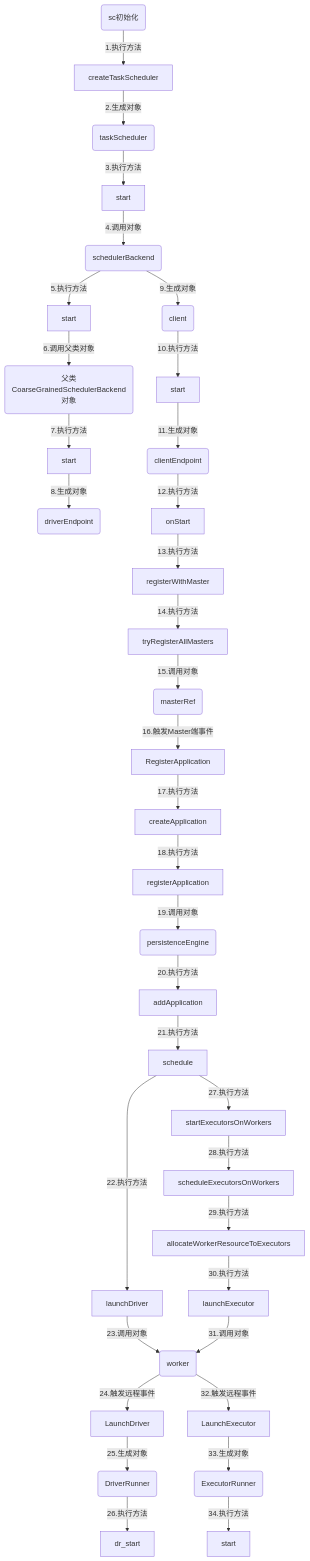
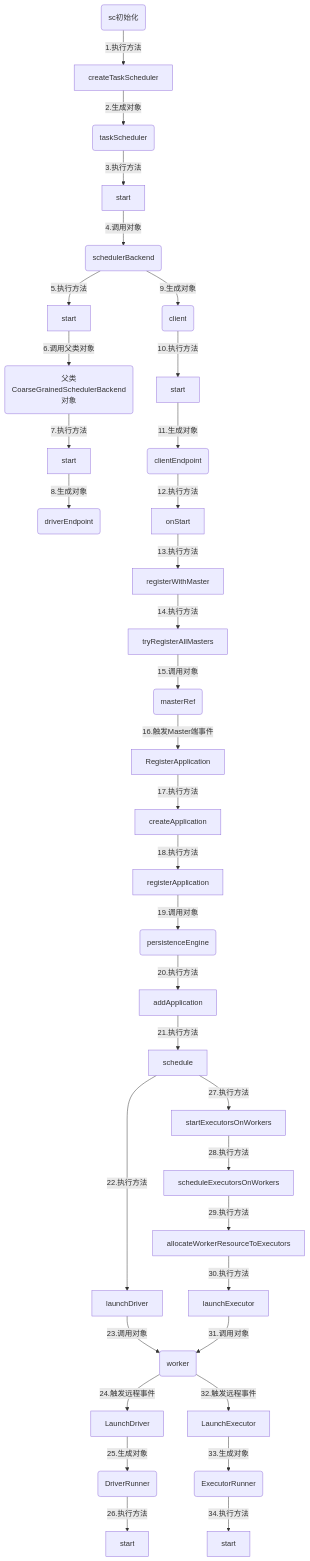
The diagram in _posts/2018-3-25-spark-源码分析-driver启动流程分析.md (mzl9039/mzl9039.github.io), drawn with Mermaid before and after one commit.

Commit message:
修改流程图

```diff
--- a/_posts/2018-3-25-spark-源码分析-driver启动流程分析.md
+++ b/_posts/2018-3-25-spark-源码分析-driver启动流程分析.md
@@ -25,37 +25,37 @@
 <div class="mermaid">
 graph TD
     SparkContext(sc初始化)-->|1.执行方法|createTaskScheduler[createTaskScheduler]
     createTaskScheduler[createTaskScheduler]-->|2.生成对象|taskScheduler(taskScheduler)
     taskScheduler(taskScheduler)-->|3.执行方法|ts_start[start]
     ts_start[start]-->|4.调用对象|schedulerBackend(schedulerBackend)
     schedulerBackend-->|5.执行方法|sb_start[start]
     sb_start-->|6.调用父类对象|super(父类CoarseGrainedSchedulerBackend对象)
     super-->|7.执行方法|cgsb_start[start]
     cgsb_start-->|8.生成对象|driverEndpoint(driverEndpoint)
     schedulerBackend-->|9.生成对象|StandaloneAppClient(client)
     StandaloneAppClient-->|10.执行方法|sac_start[start]
     sac_start-->|11.生成对象|ClientEndpoint(clientEndpoint)
     ClientEndpoint-->|12.执行方法|ce_onStart[onStart]
     ce_onStart-->|13.执行方法|registerWithMaster[registerWithMaster]
     registerWithMaster-->|14.执行方法|tryRegisterAllMasters[tryRegisterAllMasters]
     tryRegisterAllMasters-->|15.调用对象|masterRef(masterRef)
     masterRef-->|16.触发Master端事件|RegisterApplication[RegisterApplication]
     RegisterApplication-->|17.执行方法|createApplication[createApplication]
     createApplication-->|18.执行方法|registerApplication[registerApplication]
     registerApplication-->|19.调用对象|persistenceEngine(persistenceEngine)
     persistenceEngine-->|20.执行方法|addApplication[addApplication]
     addApplication-->|21.执行方法|schedule[schedule]
     schedule-->|22.执行方法|launchDriver[launchDriver]
     launchDriver-->|23.调用对象|worker(worker)
     worker-->|24.触发远程事件|LaunchDriver[LaunchDriver]
     LaunchDriver-->|25.生成对象|DriverRunner(DriverRunner)
-    DriverRunner-->|26.执行方法|dr_start
+    DriverRunner-->|26.执行方法|dr_start[start]
     schedule-->|27.执行方法|startExecutorsOnWorkers
     startExecutorsOnWorkers-->|28.执行方法|scheduleExecutorsOnWorkers
     scheduleExecutorsOnWorkers-->|29.执行方法|allocateWorkerResourceToExecutors
     allocateWorkerResourceToExecutors-->|30.执行方法|launchExecutor
     launchExecutor-->|31.调用对象|worker
     worker-->|32.触发远程事件|LaunchExecutor[LaunchExecutor]
     LaunchExecutor-->|33.生成对象|ExecutorRunner(ExecutorRunner)
     ExecutorRunner-->|34.执行方法|er_start[start]
 </div>
```
